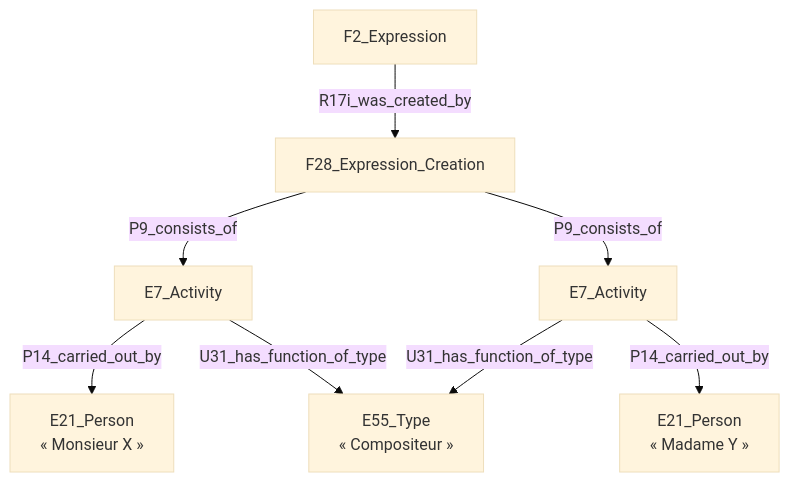
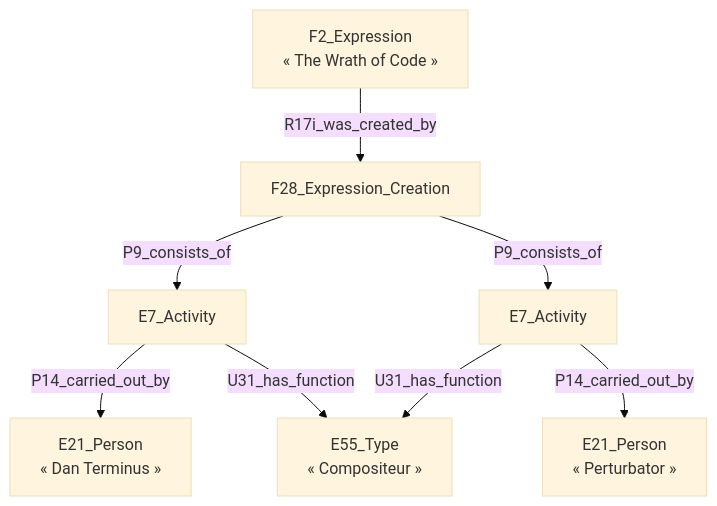
The diagram in README.md (sherlock-iremus/sherlock-grist-to-crm), drawn with Mermaid (base theme) before and after one commit. The commit also changed other lines of this file, not shown here.

````diff
--- a/README.md
+++ b/README.md
@@ -34,15 +34,15 @@
 ```mermaid
 flowchart TB
-    F2_Expression -->|R17i_was_created_by| F28_Expression_Creation
+    F2_Expression[F2_Expression<br>« The Wrath of Code »] -->|R17i_was_created_by| F28_Expression_Creation
     F28_Expression_Creation -->|P9_consists_of| E7a
     F28_Expression_Creation -->|P9_consists_of| E7b
     E7a[E7_Activity]
     E7b[E7_Activity]
     E55_compositeur[E55_Type<br>« Compositeur »]
-    E21a[E21_Person<br>« Monsieur X »]
-    E21b[E21_Person<br>« Madame Y »]
+    E21a[E21_Person<br>« Dan Terminus »]
+    E21b[E21_Person<br>« Perturbator »]
     E7a -->|P14_carried_out_by| E21a
-    E7a -->|U31_has_function_of_type| E55_compositeur
+    E7a -->|U31_has_function| E55_compositeur
     E7b -->|P14_carried_out_by| E21b
-    E7b -->|U31_has_function_of_type| E55_compositeur
+    E7b -->|U31_has_function| E55_compositeur
 ```
````
